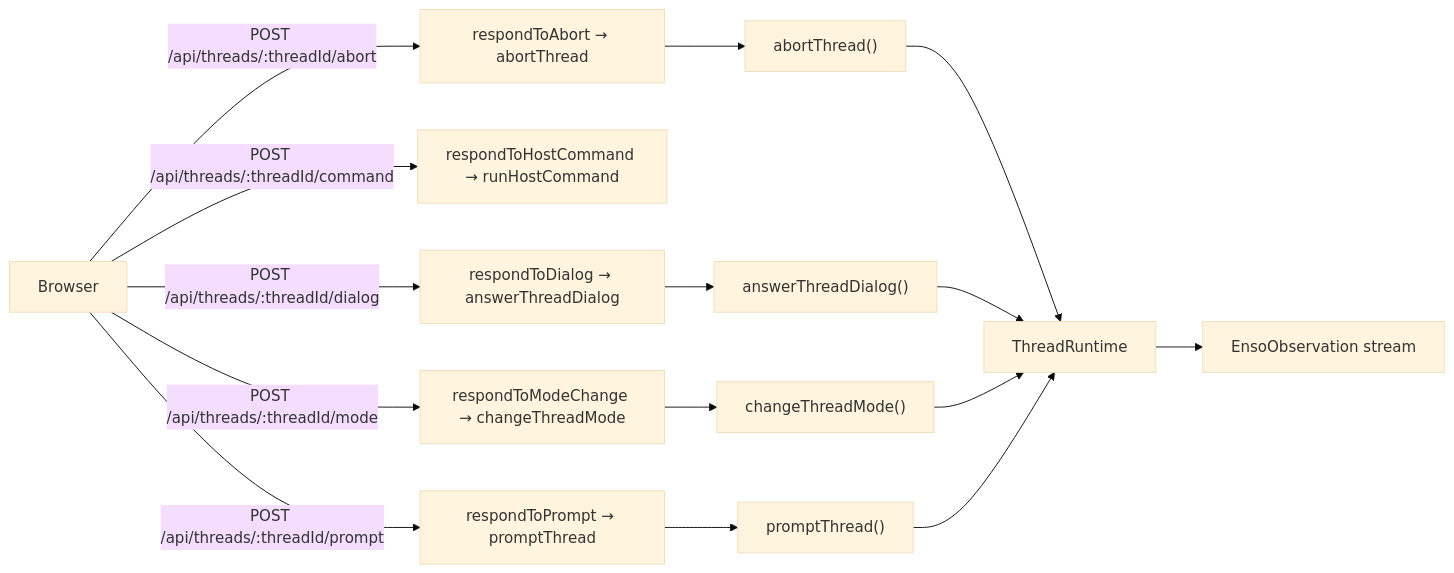
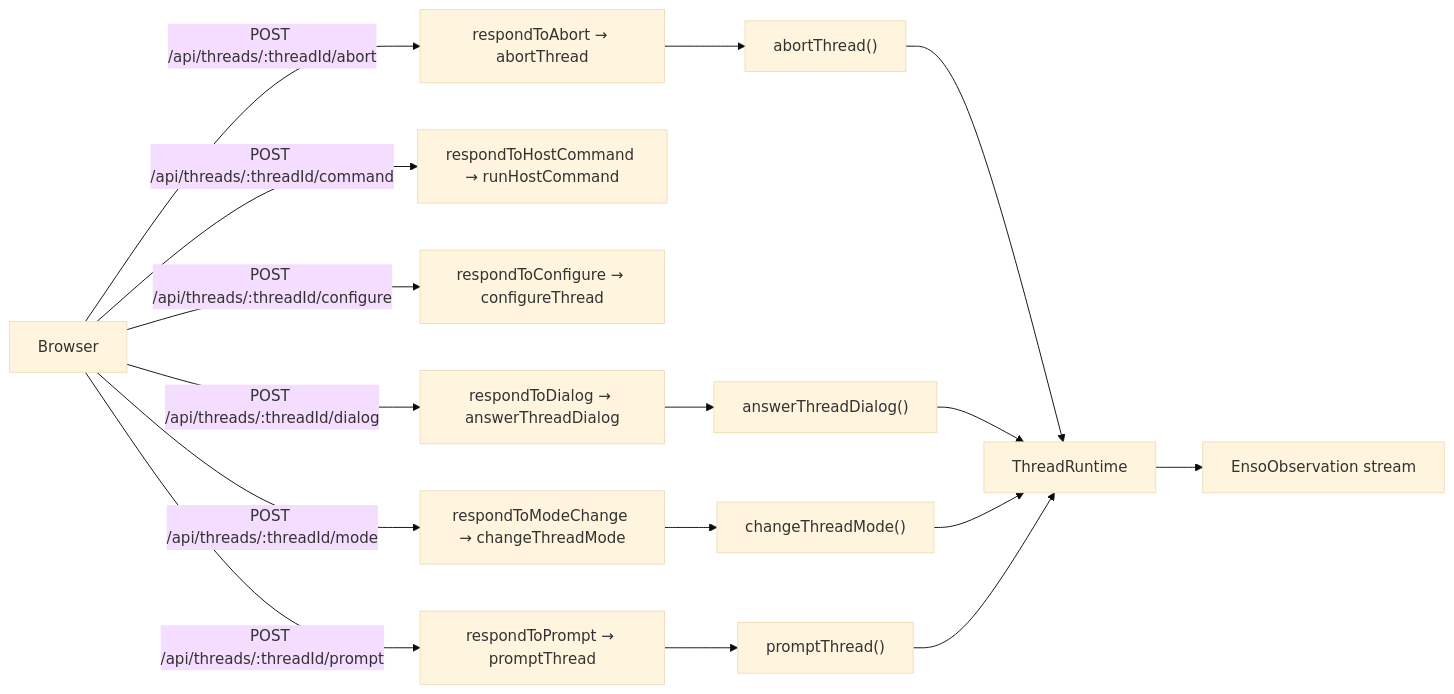
The first of 2 diagrams in docs/reference/flows.md (dopamine911/enso-harness), drawn with Mermaid (base theme) before and after one commit. The commit also changed other lines of this file and 28 other files, not shown here.

````diff
--- a/docs/reference/flows.md
+++ b/docs/reference/flows.md
@@ -10,18 +10,19 @@
 ```mermaid
 flowchart LR
   Browser["Browser"]
   Browser -->|POST /api/threads/:threadId/abort| R_POST_api_threads_threadId_abort["respondToAbort → abortThread"]
   R_POST_api_threads_threadId_abort --> H_respondToAbort_abortThread["abortThread()"]
   H_respondToAbort_abortThread --> Runtime
   Browser -->|POST /api/threads/:threadId/command| R_POST_api_threads_threadId_command["respondToHostCommand → runHostCommand"]
+  Browser -->|POST /api/threads/:threadId/configure| R_POST_api_threads_threadId_configure["respondToConfigure → configureThread"]
   Browser -->|POST /api/threads/:threadId/dialog| R_POST_api_threads_threadId_dialog["respondToDialog → answerThreadDialog"]
   R_POST_api_threads_threadId_dialog --> H_respondToDialog_answerThreadDialog["answerThreadDialog()"]
   H_respondToDialog_answerThreadDialog --> Runtime
   Browser -->|POST /api/threads/:threadId/mode| R_POST_api_threads_threadId_mode["respondToModeChange → changeThreadMode"]
   R_POST_api_threads_threadId_mode --> H_respondToModeChange_changeThreadMode["changeThreadMode()"]
   H_respondToModeChange_changeThreadMode --> Runtime
   Browser -->|POST /api/threads/:threadId/prompt| R_POST_api_threads_threadId_prompt["respondToPrompt → promptThread"]
   R_POST_api_threads_threadId_prompt --> H_respondToPrompt_promptThread["promptThread()"]
   H_respondToPrompt_promptThread --> Runtime
   Runtime["ThreadRuntime"] --> Observations["EnsoObservation stream"]
 ```
````
